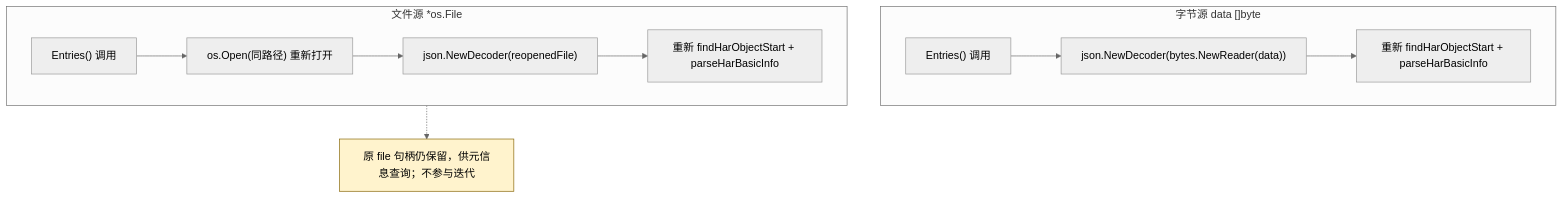
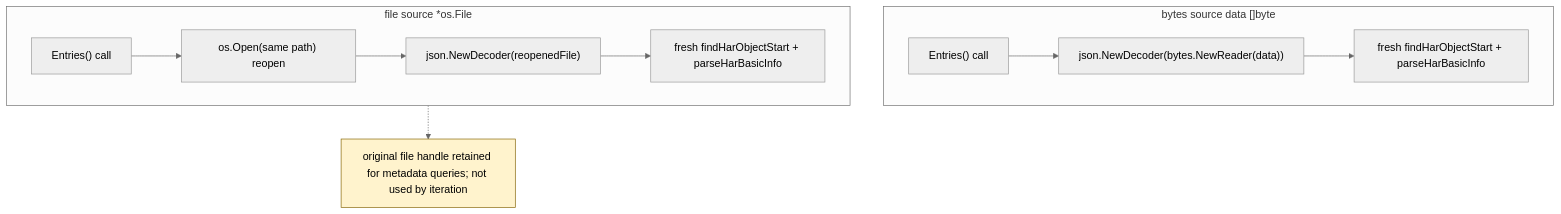
Before and after one commit to hitechcloud-vietnam/har-skills: the second of 3 diagrams in website/zh/internals/streaming.md, drawn with Mermaid (neutral theme). The commit also changed other lines of this file and 97 other files, not shown here.

````diff
--- a/website/zh/internals/streaming.md
+++ b/website/zh/internals/streaming.md
@@ -116,15 +116,15 @@
 ```mermaid
 flowchart TD
-  subgraph BYTES["字节源 data []byte"]
-    BE["Entries() 调用"] --> BD["json.NewDecoder(bytes.NewReader(data))"]
-    BD --> BR["重新 findHarObjectStart + parseHarBasicInfo"]
+  subgraph BYTES["bytes source data []byte"]
+    BE["Entries() call"] --> BD["json.NewDecoder(bytes.NewReader(data))"]
+    BD --> BR["fresh findHarObjectStart + parseHarBasicInfo"]
   end
-  subgraph FILE["文件源 *os.File"]
-    FE["Entries() 调用"] --> FO["os.Open(同路径) 重新打开"]
+  subgraph FILE["file source *os.File"]
+    FE["Entries() call"] --> FO["os.Open(same path) reopen"]
     FO --> FD["json.NewDecoder(reopenedFile)"]
-    FD --> FR["重新 findHarObjectStart + parseHarBasicInfo"]
+    FD --> FR["fresh findHarObjectStart + parseHarBasicInfo"]
   end
-  NOTE["原 file 句柄仍保留，供元信息查询；不参与迭代"]:::note
+  NOTE["original file handle retained for metadata queries; not used by iteration"]:::note
   classDef note fill:#fff3cd,stroke:#856404
   FILE -.-> NOTE
 ```
````
